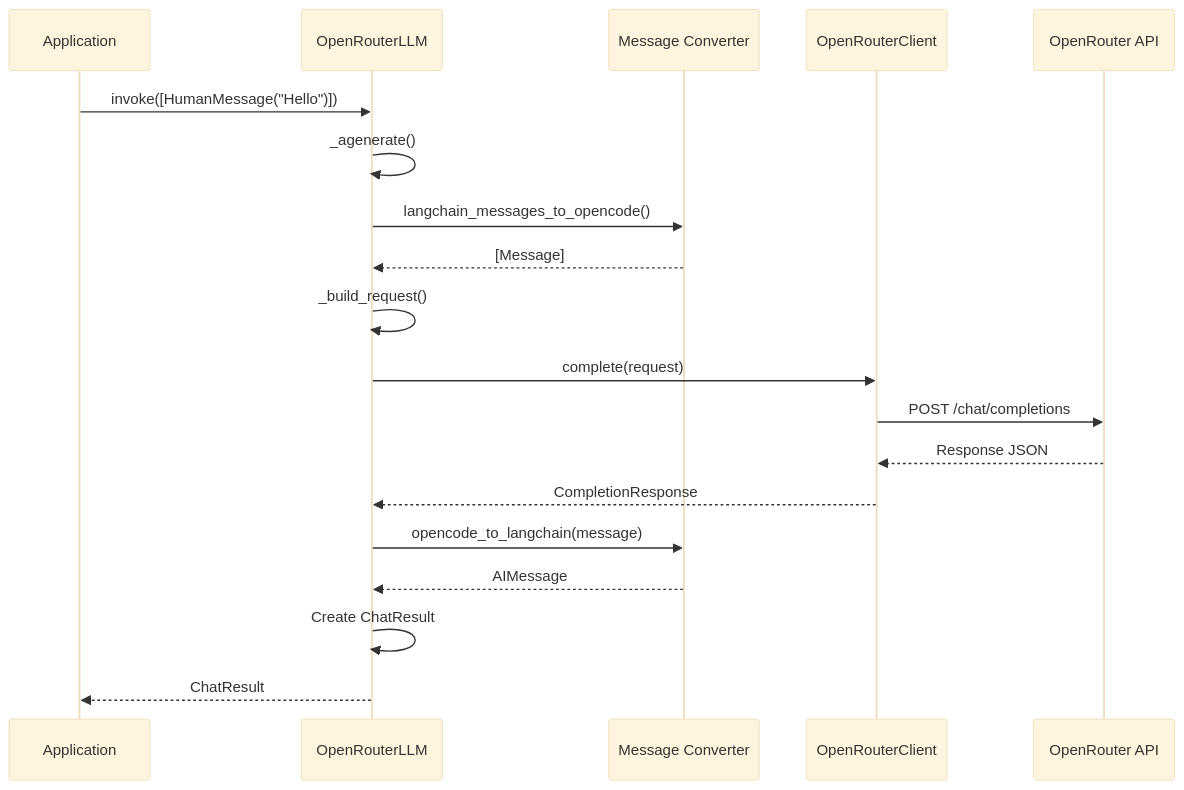
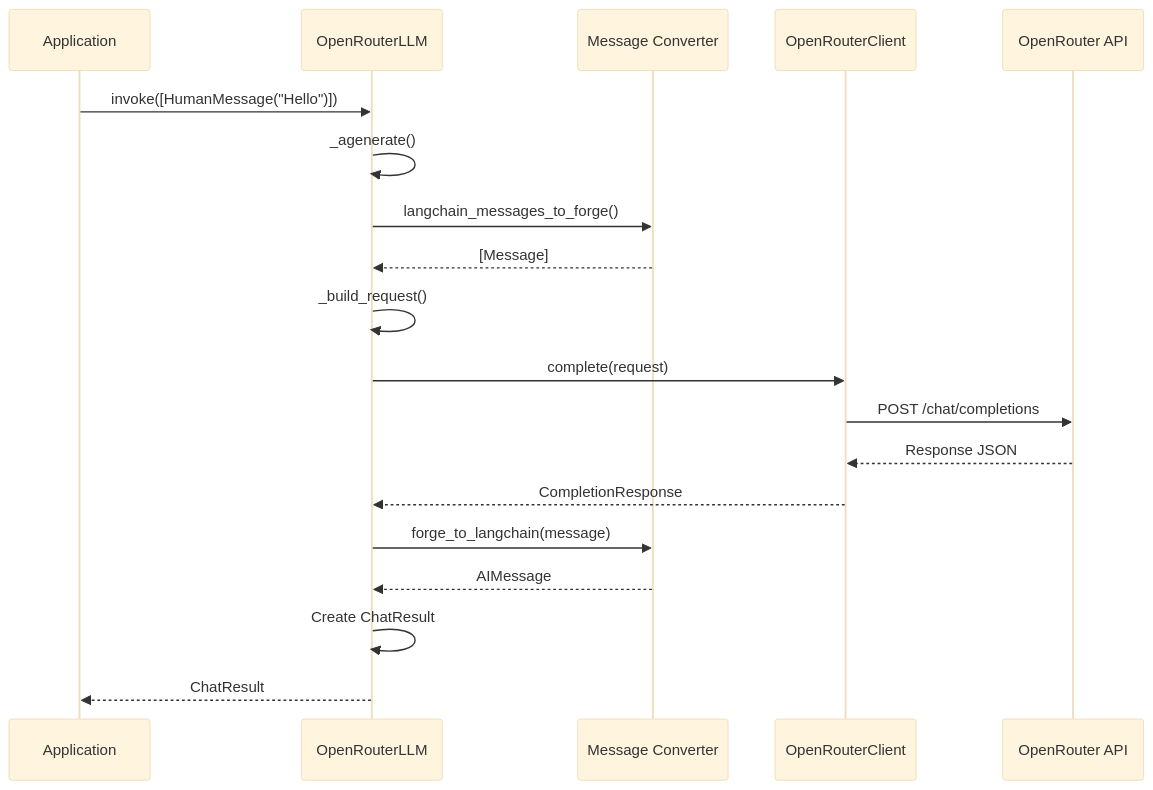
One commit to corey-rosamond/Code-Forge changed the fifth of 14 diagrams in .ai/phase/3.2/UML.md. Above: the diagram before and after it, drawn with Mermaid (base theme). The commit also changed other lines of this file and 505 other files, not shown here.

````diff
--- a/.ai/phase/3.2/UML.md
+++ b/.ai/phase/3.2/UML.md
@@ -262,26 +262,26 @@
 ```mermaid
 sequenceDiagram
     participant App as Application
     participant LLM as OpenRouterLLM
     participant Conv as Message Converter
     participant Client as OpenRouterClient
     participant API as OpenRouter API
 
     App->>LLM: invoke([HumanMessage("Hello")])
     LLM->>LLM: _agenerate()
 
-    LLM->>Conv: langchain_messages_to_opencode()
+    LLM->>Conv: langchain_messages_to_forge()
     Conv-->>LLM: [Message]
 
     LLM->>LLM: _build_request()
     LLM->>Client: complete(request)
     Client->>API: POST /chat/completions
     API-->>Client: Response JSON
     Client-->>LLM: CompletionResponse
 
-    LLM->>Conv: opencode_to_langchain(message)
+    LLM->>Conv: forge_to_langchain(message)
     Conv-->>LLM: AIMessage
 
     LLM->>LLM: Create ChatResult
     LLM-->>App: ChatResult
 ```
````
